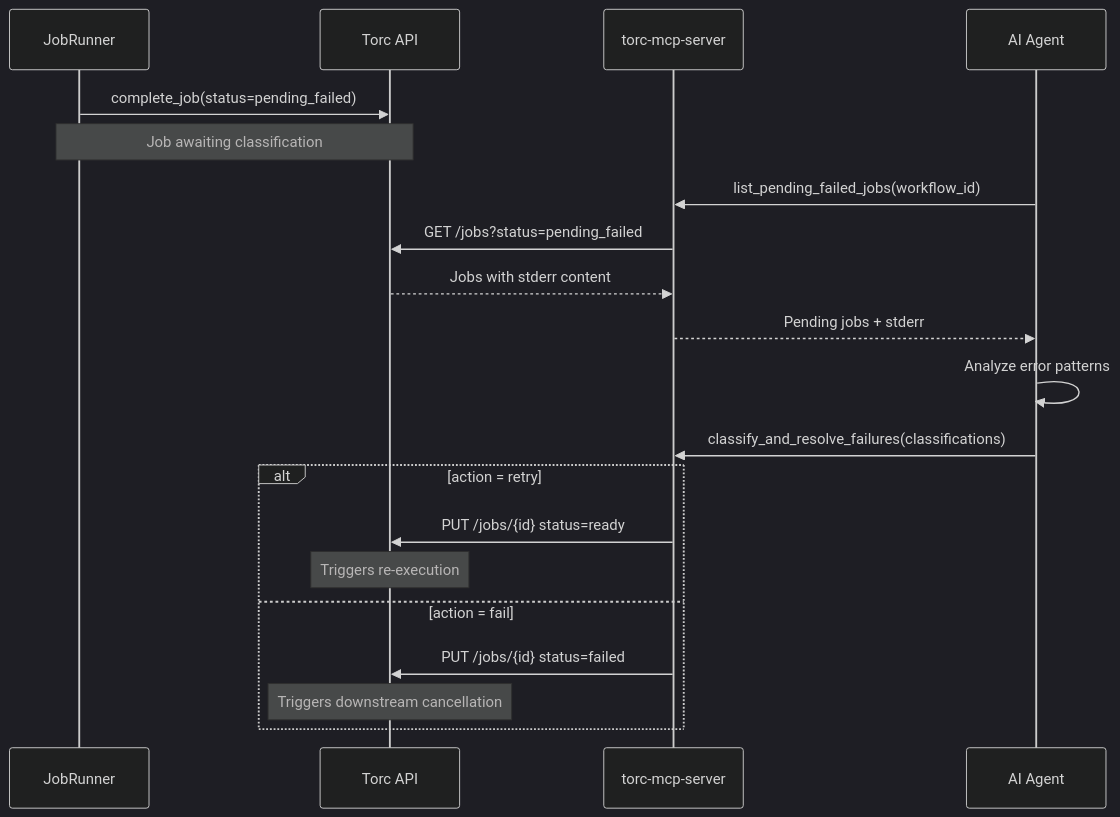
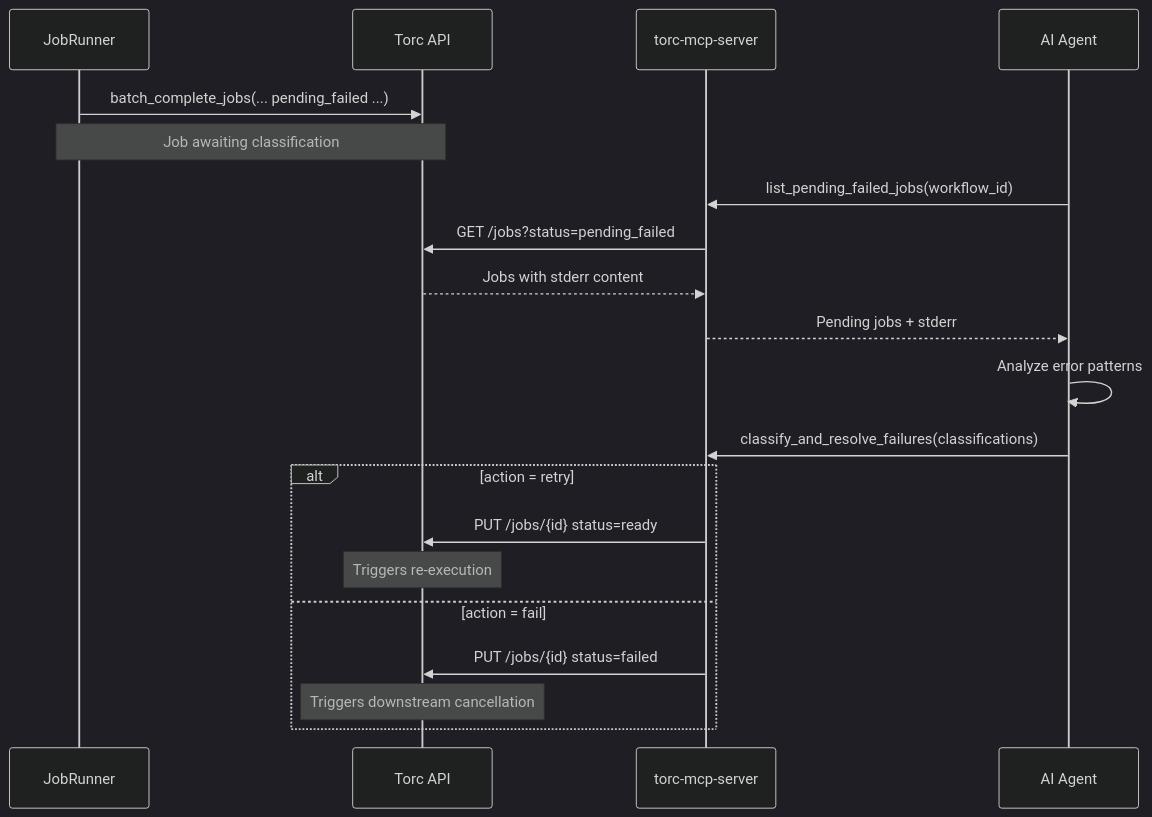
The ninth of 9 diagrams in docs/src/specialized/design/failure-handlers.md (nreinicke/torc), drawn with Mermaid (dark theme) before and after one commit. The commit also changed 151 other files, not shown here.

````diff
--- a/docs/src/specialized/design/failure-handlers.md
+++ b/docs/src/specialized/design/failure-handlers.md
@@ -518,26 +518,26 @@
 ```mermaid
 sequenceDiagram
     participant JR as JobRunner
     participant API as Torc API
     participant MCP as torc-mcp-server
     participant AI as AI Agent
 
-    JR->>API: complete_job(status=pending_failed)
+    JR->>API: batch_complete_jobs(... pending_failed ...)
     Note over JR,API: Job awaiting classification
 
     AI->>MCP: list_pending_failed_jobs(workflow_id)
     MCP->>API: GET /jobs?status=pending_failed
     API-->>MCP: Jobs with stderr content
     MCP-->>AI: Pending jobs + stderr
 
     AI->>AI: Analyze error patterns
     AI->>MCP: classify_and_resolve_failures(classifications)
 
     alt action = retry
         MCP->>API: PUT /jobs/{id} status=ready
         Note over API: Triggers re-execution
     else action = fail
         MCP->>API: PUT /jobs/{id} status=failed
         Note over API: Triggers downstream cancellation
     end
 ```
````
